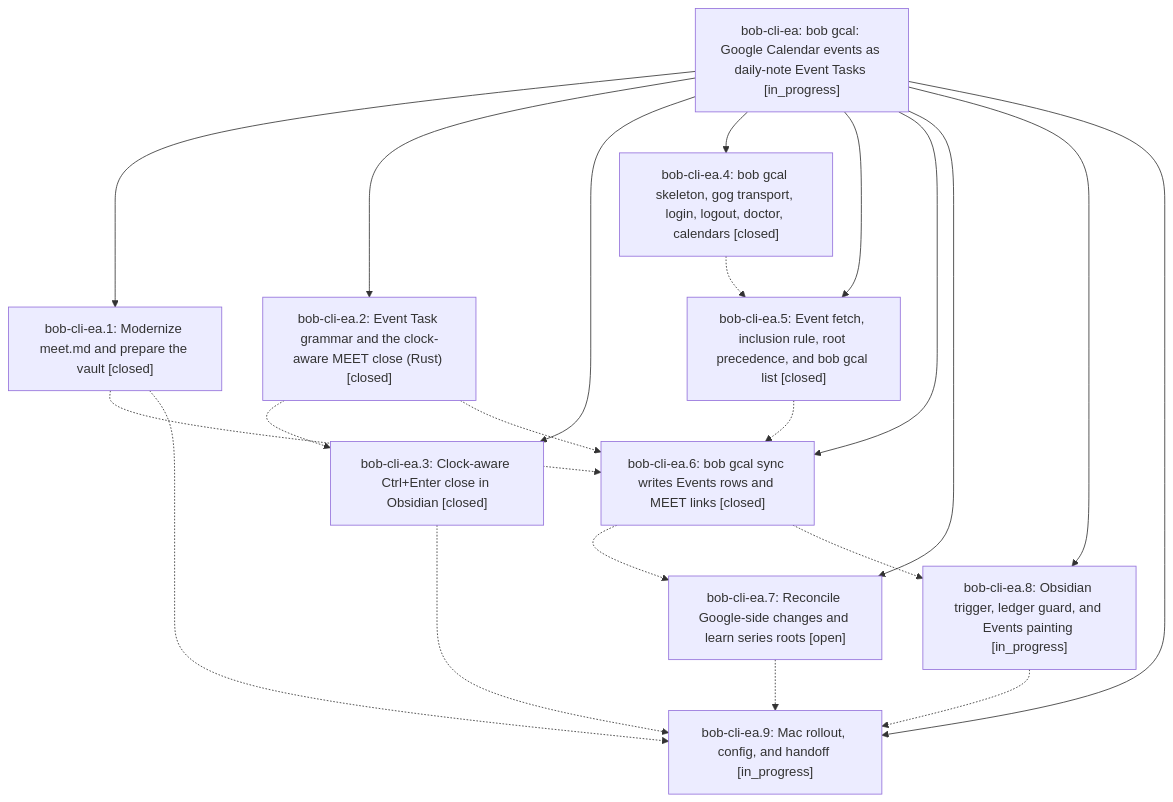
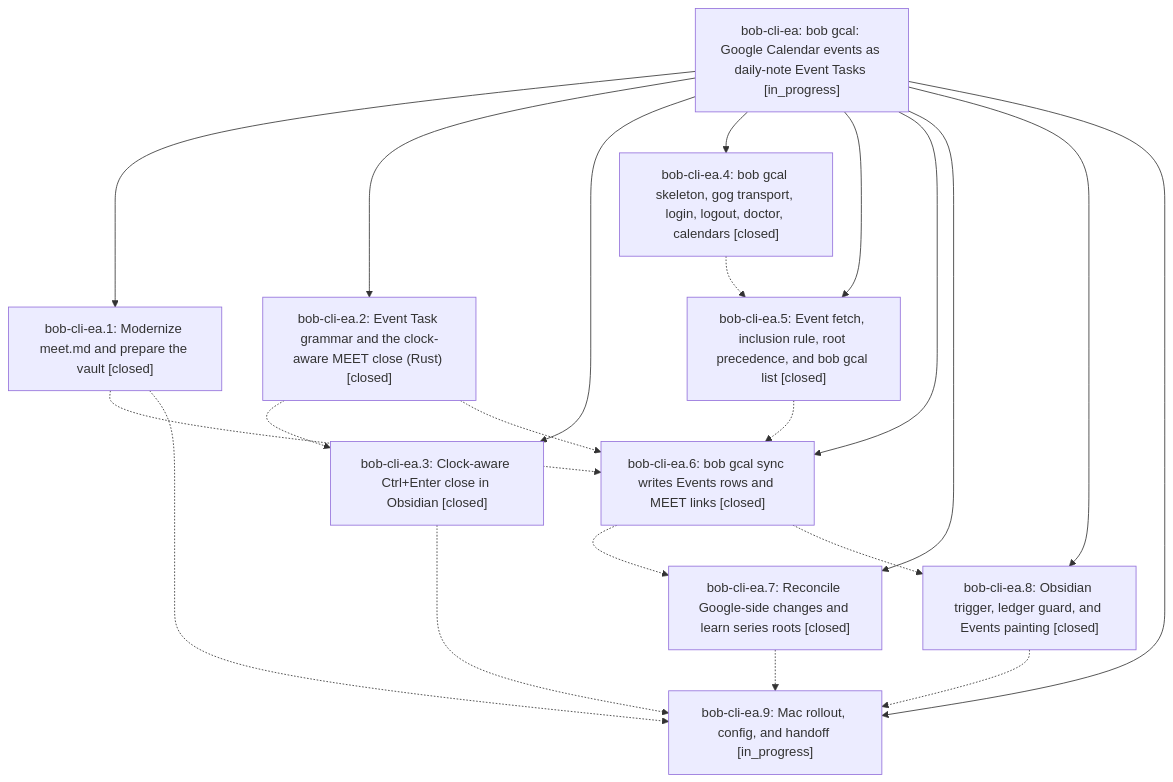
One commit to bobs-org/bob-cli--beads changed the diagram in pages/bob-cli-ea/README.md. Above: the diagram before and after it, drawn with Mermaid. The commit also changed other lines of this file and 5 other files, not shown here.

First line of the commit message:
chore(beads): sync bead state and pages for bob-cli-ea

````diff
--- a/pages/bob-cli-ea/README.md
+++ b/pages/bob-cli-ea/README.md
@@ -48,33 +48,33 @@
 ```mermaid
 flowchart TD
     n0["bob-cli-ea: bob gcal: Google Calendar events as daily-note Event Tasks [in_progress]"]
     n1["bob-cli-ea.1: Modernize meet.md and prepare the vault [closed]"]
     n2["bob-cli-ea.2: Event Task grammar and the clock-aware MEET close (Rust) [closed]"]
     n3["bob-cli-ea.3: Clock-aware Ctrl+Enter close in Obsidian [closed]"]
     n4["bob-cli-ea.4: bob gcal skeleton, gog transport, login, logout, doctor, calendars [closed]"]
     n5["bob-cli-ea.5: Event fetch, inclusion rule, root precedence, and bob gcal list [closed]"]
     n6["bob-cli-ea.6: bob gcal sync writes Events rows and MEET links [closed]"]
-    n7["bob-cli-ea.7: Reconcile Google-side changes and learn series roots [open]"]
-    n8["bob-cli-ea.8: Obsidian trigger, ledger guard, and Events painting [in_progress]"]
+    n7["bob-cli-ea.7: Reconcile Google-side changes and learn series roots [closed]"]
+    n8["bob-cli-ea.8: Obsidian trigger, ledger guard, and Events painting [closed]"]
     n9["bob-cli-ea.9: Mac rollout, config, and handoff [in_progress]"]
     n0 --> n1
     n0 --> n2
     n0 --> n3
     n0 --> n4
     n0 --> n5
     n0 --> n6
     n0 --> n7
     n0 --> n8
     n0 --> n9
     n1 -.-> n6
     n1 -.-> n9
     n2 -.-> n3
     n2 -.-> n6
     n3 -.-> n9
     n4 -.-> n5
     n5 -.-> n6
     n6 -.-> n7
     n6 -.-> n8
     n7 -.-> n9
     n8 -.-> n9
 ```
````
